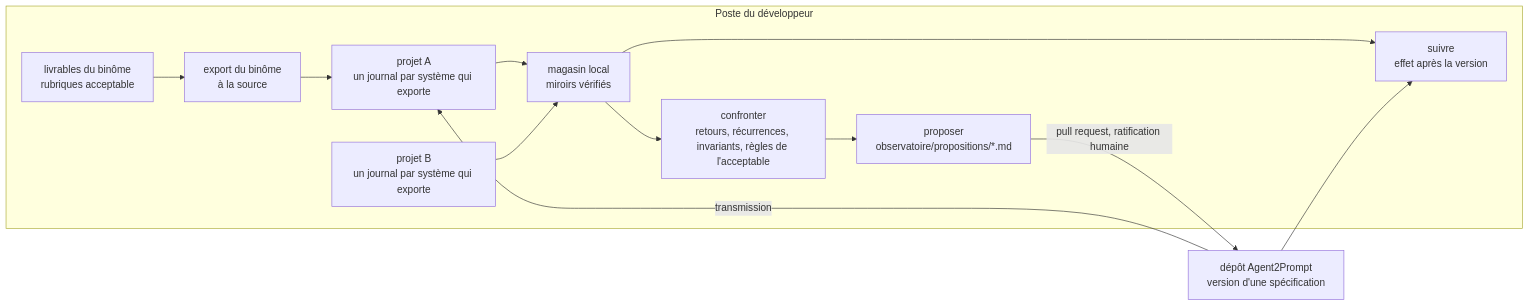
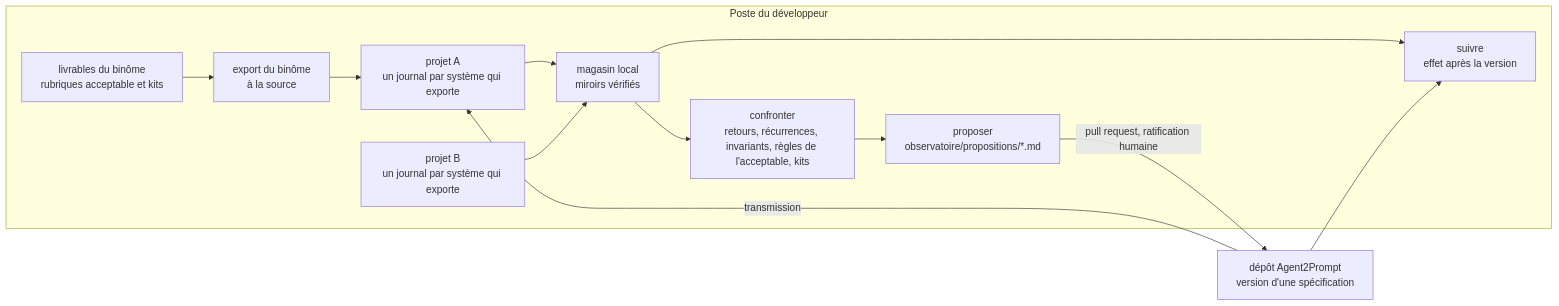
The diagram in specs/observatoire/SKILL.md (FredGarcia/Agent2Prompt), drawn with Mermaid before and after one commit. The commit also changed other lines of this file and 90 other files, not shown here.

````diff
--- a/specs/observatoire/SKILL.md
+++ b/specs/observatoire/SKILL.md
@@ -24,15 +24,15 @@
 ```mermaid
 flowchart LR
   subgraph POSTE["Poste du développeur"]
-    L["livrables du binôme<br/>rubriques acceptable"] --> X["export du binôme<br/>à la source"]
+    L["livrables du binôme<br/>rubriques acceptable et kits"] --> X["export du binôme<br/>à la source"]
     X --> A
     A["projet A<br/>un journal par système qui exporte"] --> M["magasin local<br/>miroirs vérifiés"]
     B["projet B<br/>un journal par système qui exporte"] --> M
-    M --> C["confronter<br/>retours, récurrences, invariants, règles de l'acceptable"]
+    M --> C["confronter<br/>retours, récurrences, invariants, règles de l'acceptable, kits"]
     C --> P["proposer<br/>observatoire/propositions/*.md"]
     M --> S["suivre<br/>effet après la version"]
   end
   P -->|"pull request, ratification humaine"| D["dépôt Agent2Prompt<br/>version d'une spécification"]
   D -->|"transmission"| A
   D --> S
 ```
````
